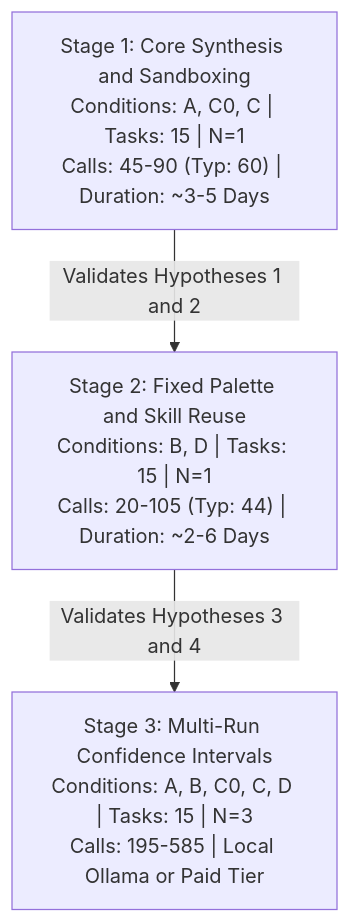
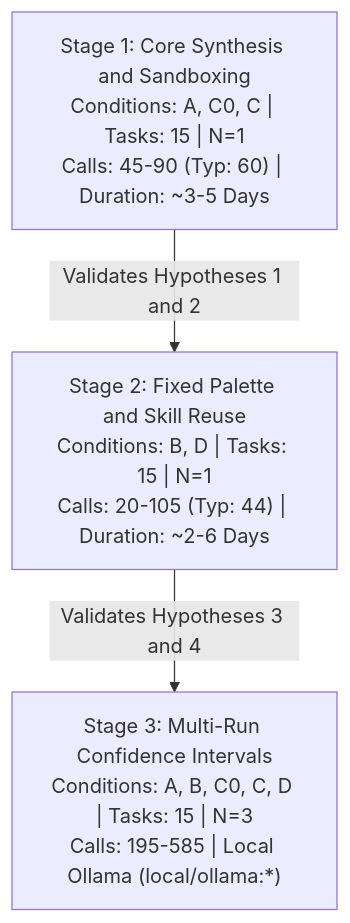
The second of 2 diagrams in EVAL_DESIGN.md (iRuSu67/aether-flow), drawn with Mermaid before and after one commit. The commit also changed other lines of this file and 17 other files, not shown here.

````diff
--- a/EVAL_DESIGN.md
+++ b/EVAL_DESIGN.md
@@ -263,9 +272,9 @@
 ```mermaid
 flowchart TD
     S1["Stage 1: Core Synthesis and Sandboxing<br/>Conditions: A, C0, C | Tasks: 15 | N=1<br/>Calls: 45-90 (Typ: 60) | Duration: ~3-5 Days"]
     S2["Stage 2: Fixed Palette and Skill Reuse<br/>Conditions: B, D | Tasks: 15 | N=1<br/>Calls: 20-105 (Typ: 44) | Duration: ~2-6 Days"]
-    S3["Stage 3: Multi-Run Confidence Intervals<br/>Conditions: A, B, C0, C, D | Tasks: 15 | N=3<br/>Calls: 195-585 | Local Ollama or Paid Tier"]
+    S3["Stage 3: Multi-Run Confidence Intervals<br/>Conditions: A, B, C0, C, D | Tasks: 15 | N=3<br/>Calls: 195-585 | Local Ollama (local/ollama:*)"]
 
     S1 -->|Validates Hypotheses 1 and 2| S2
     S2 -->|Validates Hypotheses 3 and 4| S3
 ```
````
